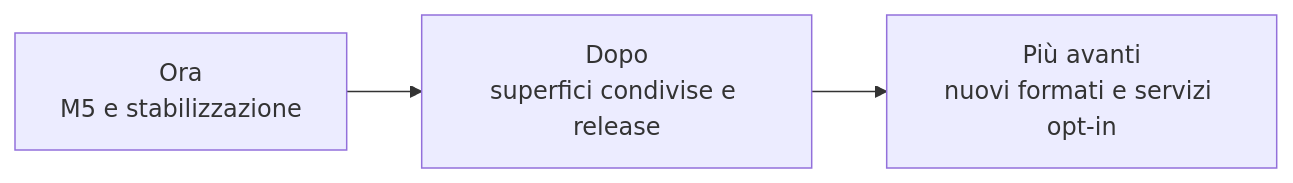
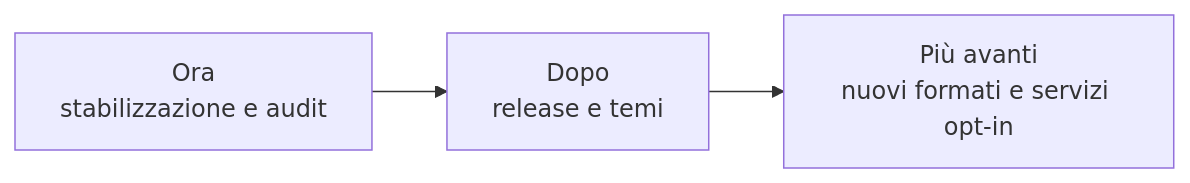
One commit to Fubeo/Fub changed the diagram in docs/project/roadmap.md. Above: the diagram before and after it, drawn with Mermaid. The commit also changed other lines of this file and 73 other files, not shown here.

````diff
--- a/docs/project/roadmap.md
+++ b/docs/project/roadmap.md
@@ -10,5 +12,5 @@
 ```mermaid
 flowchart LR
-    NOW["Ora<br/>M5 e stabilizzazione"] --> NEXT["Dopo<br/>superfici condivise e release"]
+    NOW["Ora<br/>stabilizzazione e audit"] --> NEXT["Dopo<br/>release e temi"]
     NEXT --> LATER["Più avanti<br/>nuovi formati e servizi opt-in"]
 ```
````
